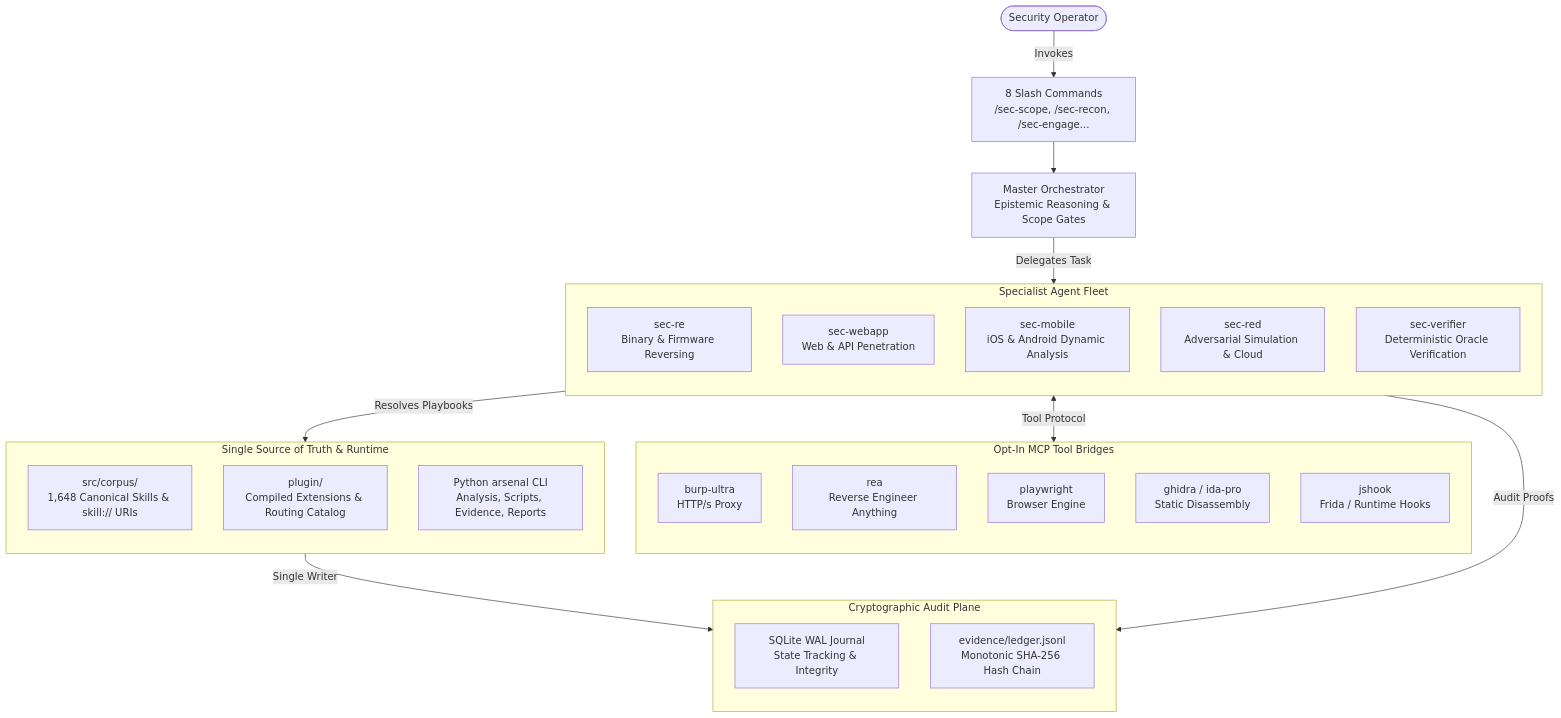
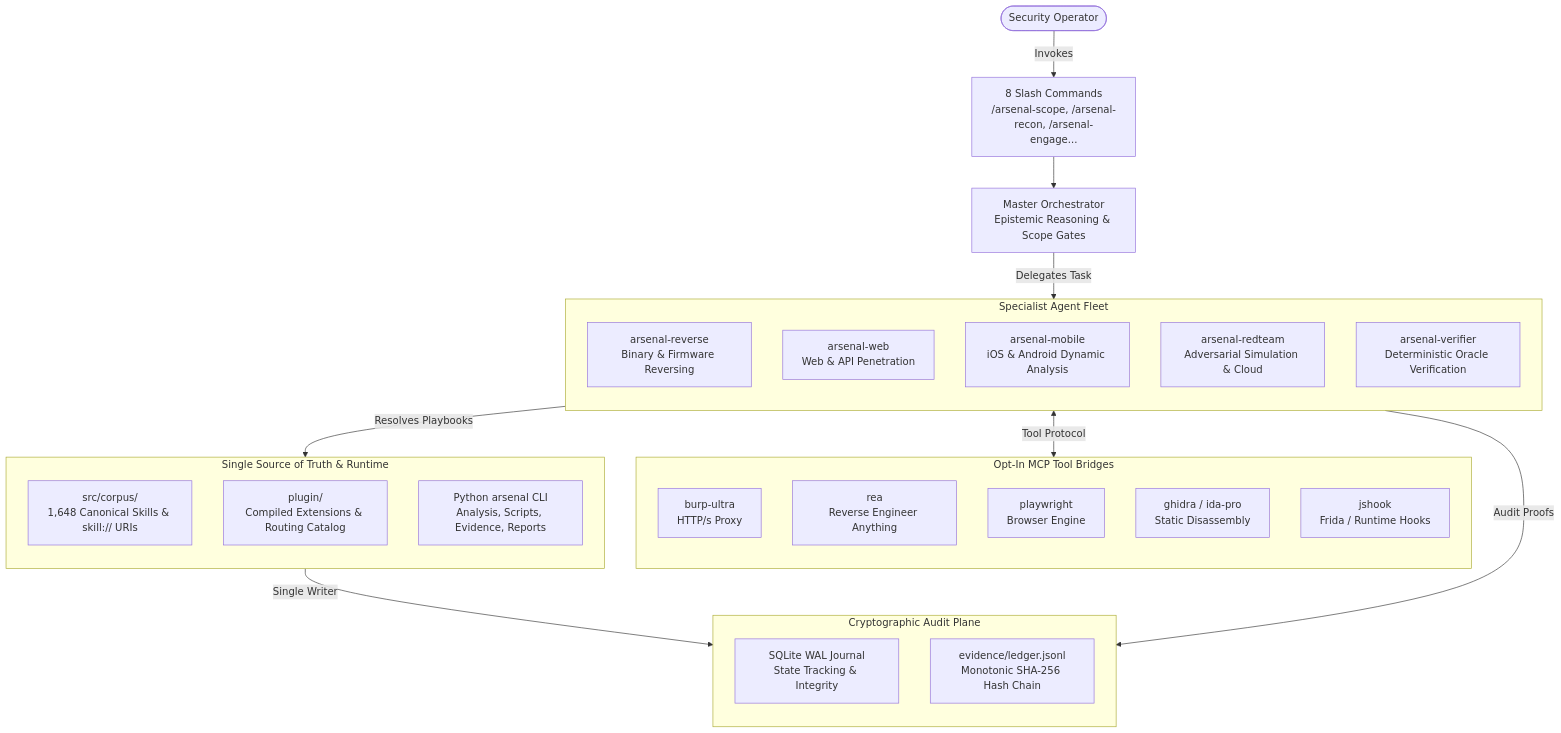
Before and after one commit to bitbytelabio/arsenal: the diagram in README.md, drawn with Mermaid. The commit also changed other lines of this file and 62 other files, not shown here.

````diff
--- a/README.md
+++ b/README.md
@@ -39,45 +39,45 @@
 ```mermaid
 flowchart TD
-    Op([Security Operator]) -->|Invokes| Cmd["8 Slash Commands<br/>/sec-scope, /sec-recon, /sec-engage..."]
+    Op([Security Operator]) -->|Invokes| Cmd["8 Slash Commands<br/>/arsenal-scope, /arsenal-recon, /arsenal-engage..."]
     Cmd --> Orchestrator["Master Orchestrator<br/>Epistemic Reasoning & Scope Gates"]
 
     subgraph Specialists ["Specialist Agent Fleet"]
         direction TB
-        RE["sec-re<br/>Binary & Firmware Reversing"]
-        WA["sec-webapp<br/>Web & API Penetration"]
-        MO["sec-mobile<br/>iOS & Android Dynamic Analysis"]
-        RT["sec-red<br/>Adversarial Simulation & Cloud"]
-        VE["sec-verifier<br/>Deterministic Oracle Verification"]
+        RE["arsenal-reverse<br/>Binary & Firmware Reversing"]
+        WA["arsenal-web<br/>Web & API Penetration"]
+        MO["arsenal-mobile<br/>iOS & Android Dynamic Analysis"]
+        RT["arsenal-redteam<br/>Adversarial Simulation & Cloud"]
+        VE["arsenal-verifier<br/>Deterministic Oracle Verification"]
     end
 
     Orchestrator -->|Delegates Task| Specialists
 
     subgraph Bridges ["Opt-In MCP Tool Bridges"]
         direction TB
         B1["burp-ultra<br/>HTTP/s Proxy"]
         B2["rea<br/>Reverse Engineer Anything"]
         B3["playwright<br/>Browser Engine"]
         B4["ghidra / ida-pro<br/>Static Disassembly"]
         B5["jshook<br/>Frida / Runtime Hooks"]
     end
 
     Specialists <-->|Tool Protocol| Bridges
 
     subgraph CoreEngine ["Single Source of Truth & Runtime"]
         direction TB
         Corpus["src/corpus/<br/>1,648 Canonical Skills & skill:// URIs"]
         PluginDist["plugin/<br/>Compiled Extensions & Routing Catalog"]
         NativeTools["Python arsenal CLI<br/>Analysis, Scripts, Evidence, Reports"]
     end
 
     Specialists -->|Resolves Playbooks| CoreEngine
 
     subgraph EvidenceLedger ["Cryptographic Audit Plane"]
         direction TB
         Journal["SQLite WAL Journal<br/>State Tracking & Integrity"]
         Ledger["evidence/ledger.jsonl<br/>Monotonic SHA-256 Hash Chain"]
     end
 
     NativeTools -->|Single Writer| EvidenceLedger
     VE -->|Audit Proofs| EvidenceLedger
 ```
````
